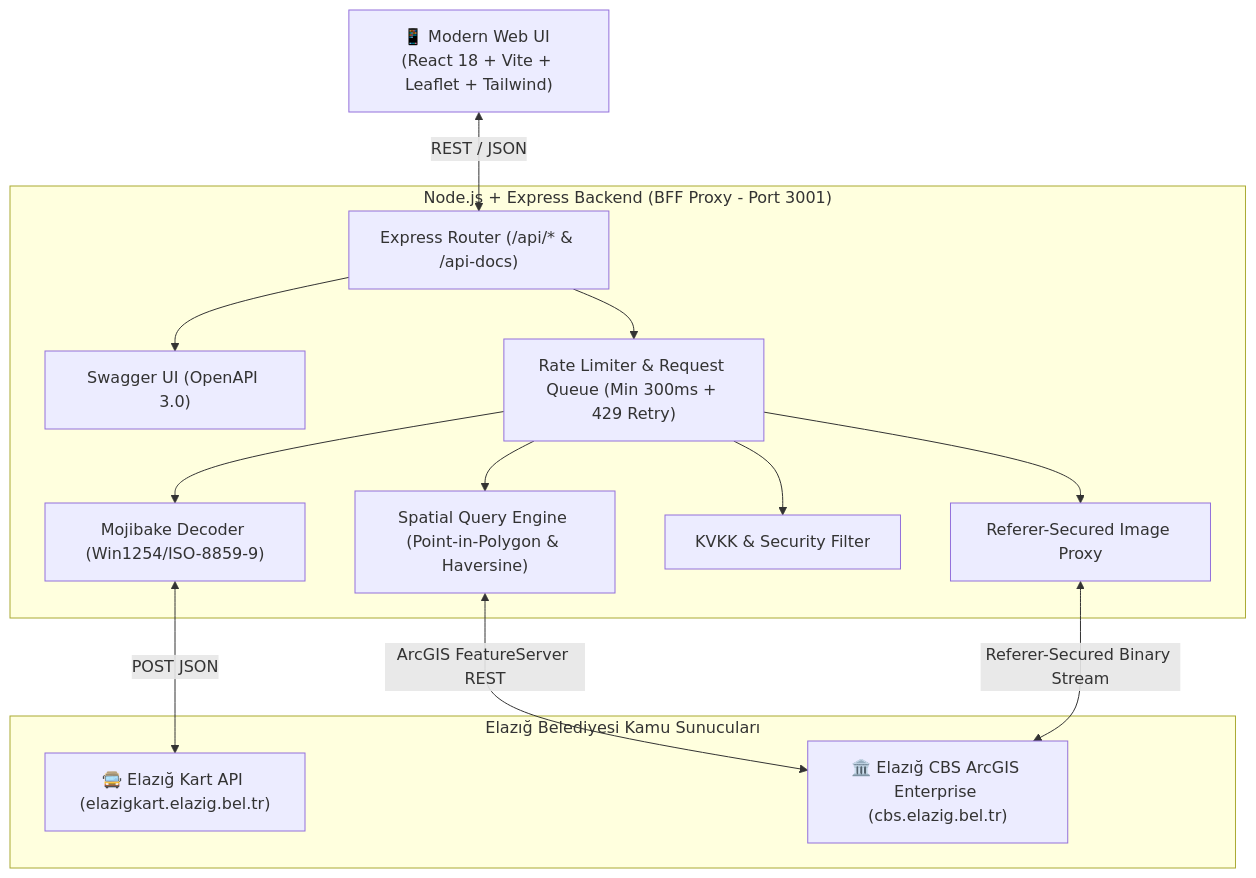
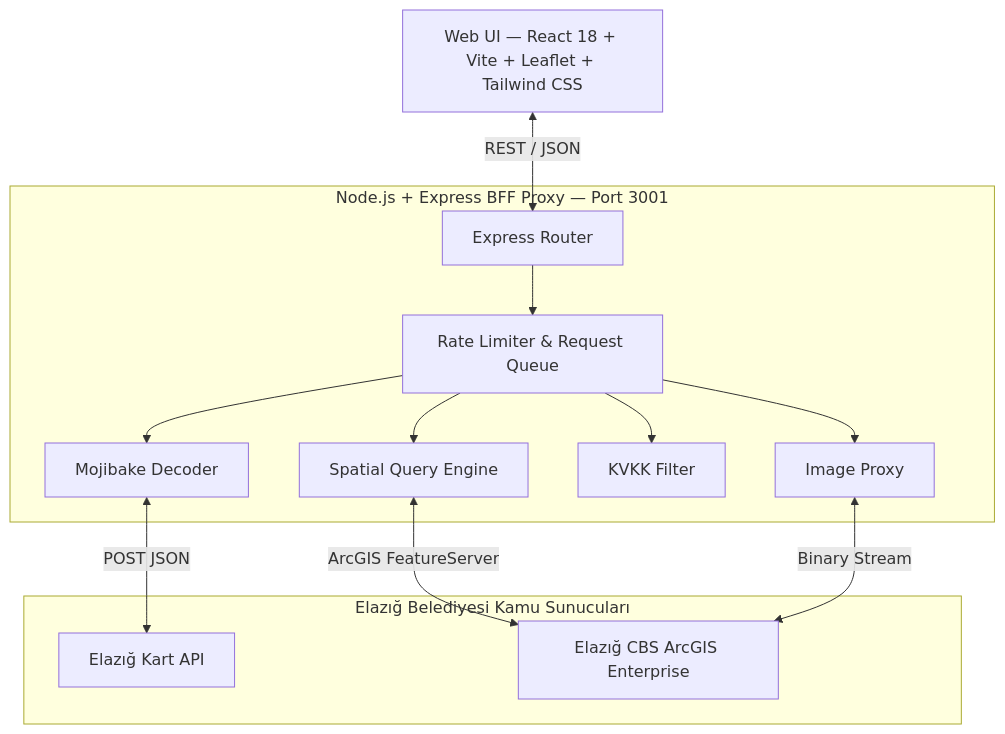
The diagram in README.md (crowroser/elazig-sehir-bilgi-sistemi), drawn with Mermaid before and after one commit. The commit also changed other lines of this file and 16 other files, not shown here.

````diff
--- a/README.md
+++ b/README.md
@@ -109,31 +54,29 @@
 ```mermaid
 graph TD
-    Client["📱 Modern Web UI (React 18 + Vite + Leaflet + Tailwind)"]
+    Client["Web UI — React 18 + Vite + Leaflet + Tailwind CSS"]
     
-    subgraph Backend_BFF ["Node.js + Express Backend (BFF Proxy - Port 3001)"]
-        Router["Express Router (/api/* & /api-docs)"]
-        Swagger["Swagger UI (OpenAPI 3.0)"]
-        Limiter["Rate Limiter & Request Queue (Min 300ms + 429 Retry)"]
-        Mojibake["Mojibake Decoder (Win1254/ISO-8859-9)"]
-        Spatial["Spatial Query Engine (Point-in-Polygon & Haversine)"]
-        KVKK["KVKK & Security Filter"]
-        ImageProxy["Referer-Secured Image Proxy"]
+    subgraph Backend ["Node.js + Express BFF Proxy — Port 3001"]
+        Router["Express Router"]
+        Limiter["Rate Limiter & Request Queue"]
+        Mojibake["Mojibake Decoder"]
+        Spatial["Spatial Query Engine"]
+        KVKK["KVKK Filter"]
+        ImageProxy["Image Proxy"]
     end
     
-    subgraph External_APIs ["Elazığ Belediyesi Kamu Sunucuları"]
-        ElazigKart["🚍 Elazığ Kart API (elazigkart.elazig.bel.tr)"]
-        ElazigCBS["🏛️ Elazığ CBS ArcGIS Enterprise (cbs.elazig.bel.tr)"]
+    subgraph External ["Elazığ Belediyesi Kamu Sunucuları"]
+        ElazigKart["Elazığ Kart API"]
+        ElazigCBS["Elazığ CBS ArcGIS Enterprise"]
     end
 
     Client <-->|REST / JSON| Router
-    Router --> Swagger
     Router --> Limiter
     Limiter --> Mojibake
     Limiter --> Spatial
     Limiter --> KVKK
     Limiter --> ImageProxy
     
     Mojibake <-->|POST JSON| ElazigKart
-    Spatial <-->|ArcGIS FeatureServer REST| ElazigCBS
-    ImageProxy <-->|Referer-Secured Binary Stream| ElazigCBS
+    Spatial <-->|ArcGIS FeatureServer| ElazigCBS
+    ImageProxy <-->|Binary Stream| ElazigCBS
 ```
````
